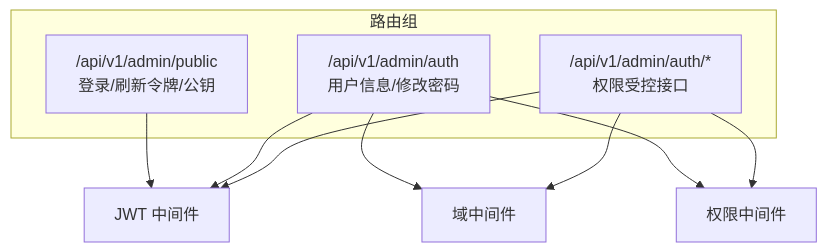
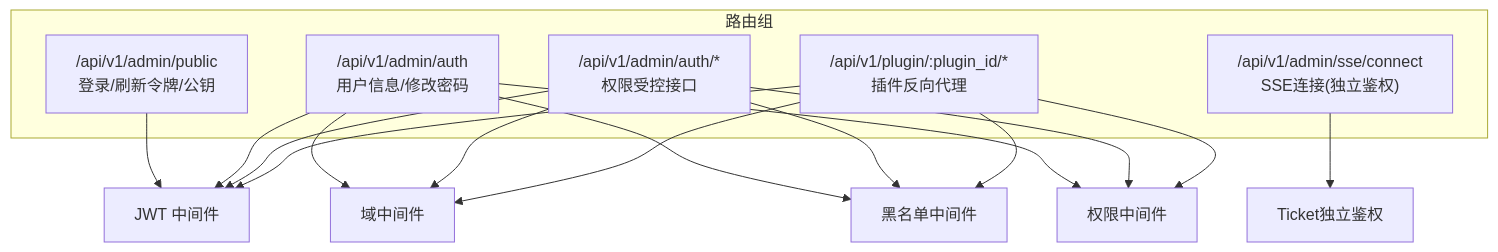
The fourth of 7 diagrams in .qoder/repowiki/zh/content/架构设计/中间件架构.md (wuwuseo/e-sports-go-admin), drawn with Mermaid before and after one commit. The commit also changed other lines of this file and 42 other files, not shown here.

````diff
--- a/.qoder/repowiki/zh/content/架构设计/中间件架构.md
+++ b/.qoder/repowiki/zh/content/架构设计/中间件架构.md
@@ -176,15 +224,24 @@
 ```mermaid
 graph TB
 subgraph "路由组"
 Public["/api/v1/admin/public<br/>登录/刷新令牌/公钥"]
 AuthUser["/api/v1/admin/auth<br/>用户信息/修改密码"]
 Auth["/api/v1/admin/auth/*<br/>权限受控接口"]
+SSE["/api/v1/admin/sse/connect<br/>SSE连接(独立鉴权)"]
+Plugin["/api/v1/plugin/:plugin_id/*<br/>插件反向代理"]
 end
 Public --> JWT["JWT 中间件"]
 AuthUser --> JWT
 AuthUser --> Domain["域中间件"]
+AuthUser --> Blacklist["黑名单中间件"]
 AuthUser --> Perm["权限中间件"]
 Auth --> JWT
 Auth --> Domain
+Auth --> Blacklist
 Auth --> Perm
+Plugin --> JWT
+Plugin --> Domain
+Plugin --> Blacklist
+Plugin --> Perm
+SSE --> Ticket["Ticket独立鉴权"]
 ```
````
